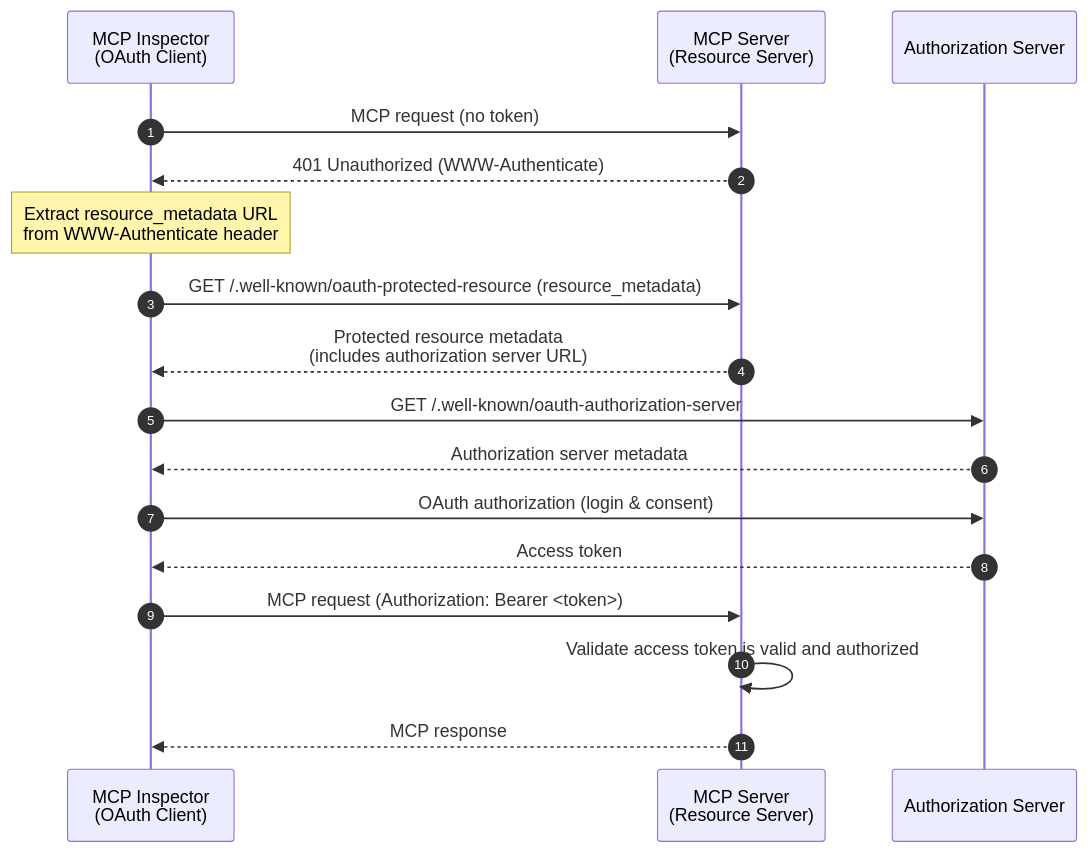
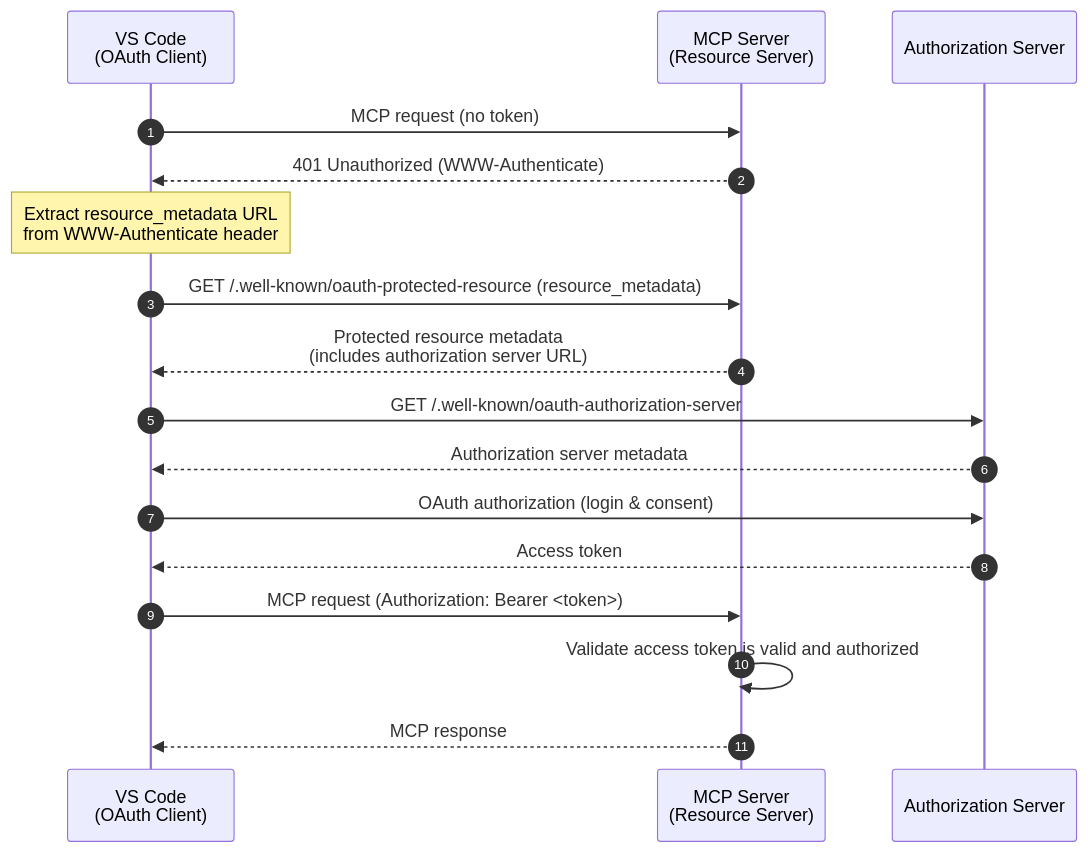
Before and after one commit to mcp-auth/docs: the first of 2 diagrams in docs/tutorials/todo-manager/README.mdx, drawn with Mermaid. The commit also changed other lines of this file, not shown here.

First line of the commit message:
docs: update tutorials to use VS Code (#69)

````diff
--- a/docs/tutorials/todo-manager/README.mdx
+++ b/docs/tutorials/todo-manager/README.mdx
@@ -40,23 +40,23 @@
 ```mermaid
 sequenceDiagram
   autonumber
-  participant Client as MCP Inspector<br/>(OAuth Client)
+  participant Client as VS Code<br/>(OAuth Client)
   participant RS as MCP Server<br/>(Resource Server)
   participant AS as Authorization Server
 
   Client->>RS: MCP request (no token)
   RS-->>Client: 401 Unauthorized (WWW-Authenticate)
   Note over Client: Extract resource_metadata URL<br/>from WWW-Authenticate header
 
   Client->>RS: GET /.well-known/oauth-protected-resource (resource_metadata)
   RS-->>Client: Protected resource metadata<br/>(includes authorization server URL)
 
   Client->>AS: GET /.well-known/oauth-authorization-server
   AS-->>Client: Authorization server metadata
   Client->>AS: OAuth authorization (login & consent)
   AS-->>Client: Access token
 
   Client->>RS: MCP request (Authorization: Bearer <token>)
   RS->>RS: Validate access token is valid and authorized
   RS-->>Client: MCP response
 ```
````
